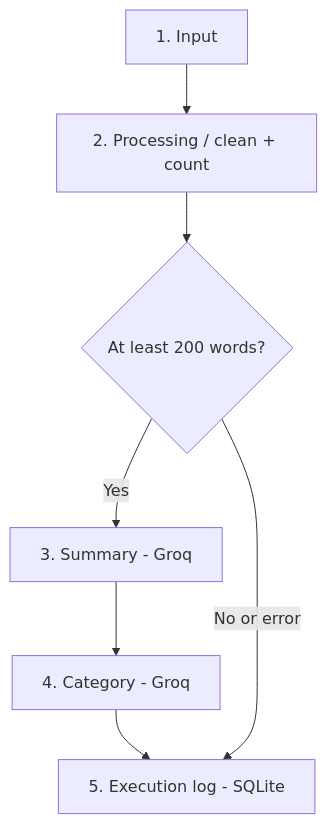
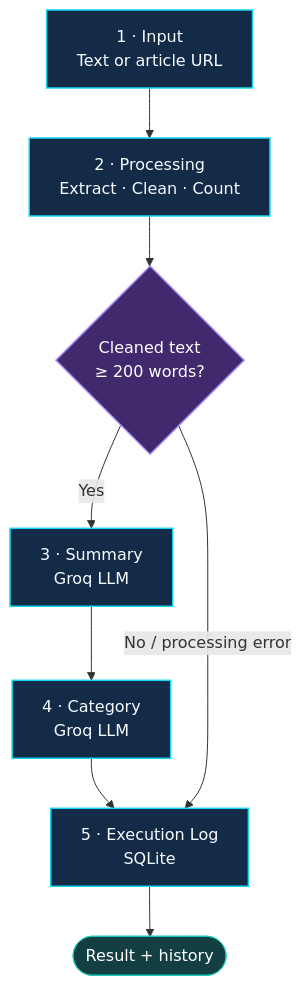
One commit to Madhav-pareek27/NewsLens-AI-News-Summarizer changed the diagram in README.md. Above: the diagram before and after it, drawn with Mermaid. The commit also changed other lines of this file and 1 other file, not shown here.

````diff
--- a/README.md
+++ b/README.md
@@ -11,9 +47,16 @@
 ```mermaid
 flowchart TD
-    A[1. Input] --> B[2. Processing / clean + count]
-    B --> C{At least 200 words?}
-    C -->|Yes| D[3. Summary - Groq]
-    D --> E[4. Category - Groq]
-    E --> F[5. Execution log - SQLite]
-    C -->|No or error| F
+    A["1 · Input<br/>Text or article URL"] --> B["2 · Processing<br/>Extract · Clean · Count"]
+    B --> C{"Cleaned text<br/>≥ 200 words?"}
+    C -->|Yes| D["3 · Summary<br/>Groq LLM"]
+    D --> E["4 · Category<br/>Groq LLM"]
+    E --> F["5 · Execution Log<br/>SQLite"]
+    C -->|No / processing error| F
+    F --> G(["Result + history"])
+    classDef step fill:#132B46,stroke:#16D8F3,color:#F6FBFF,stroke-width:1.5px;
+    classDef decision fill:#40296C,stroke:#A78BFA,color:#FFFFFF,stroke-width:1.5px;
+    classDef output fill:#133F43,stroke:#1CC8B5,color:#FFFFFF;
+    class A,B,D,E,F step;
+    class C decision;
+    class G output;
 ```
````
